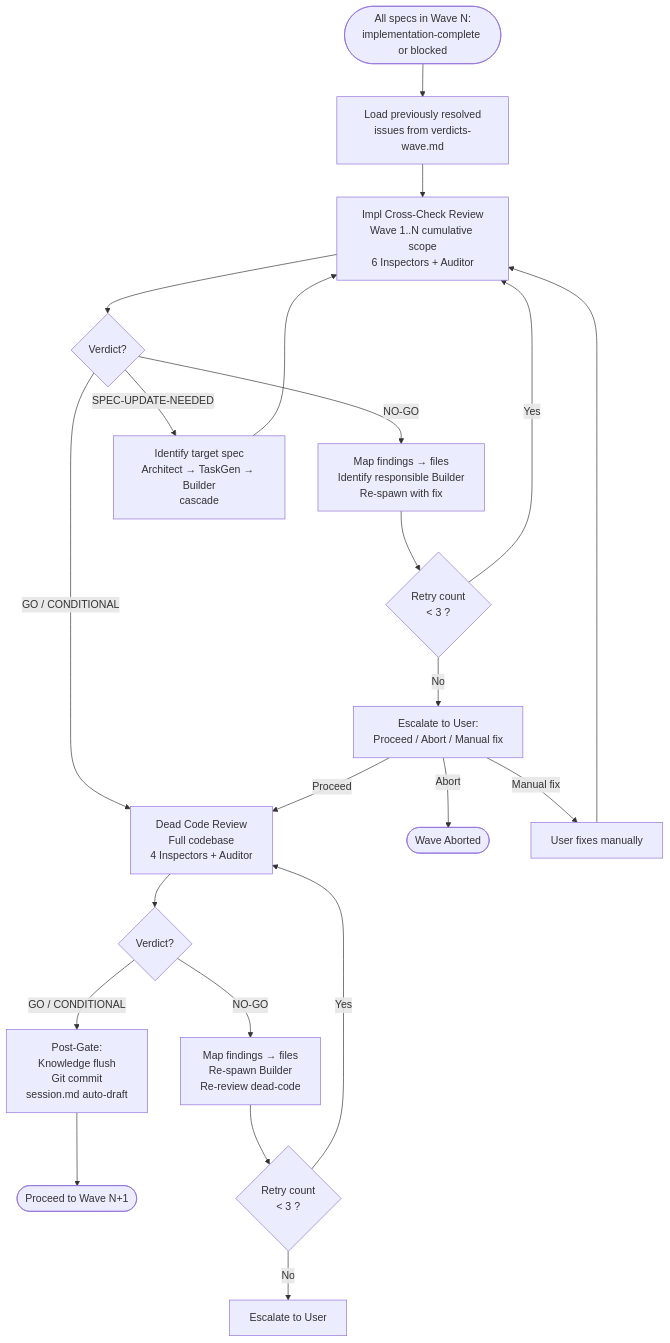
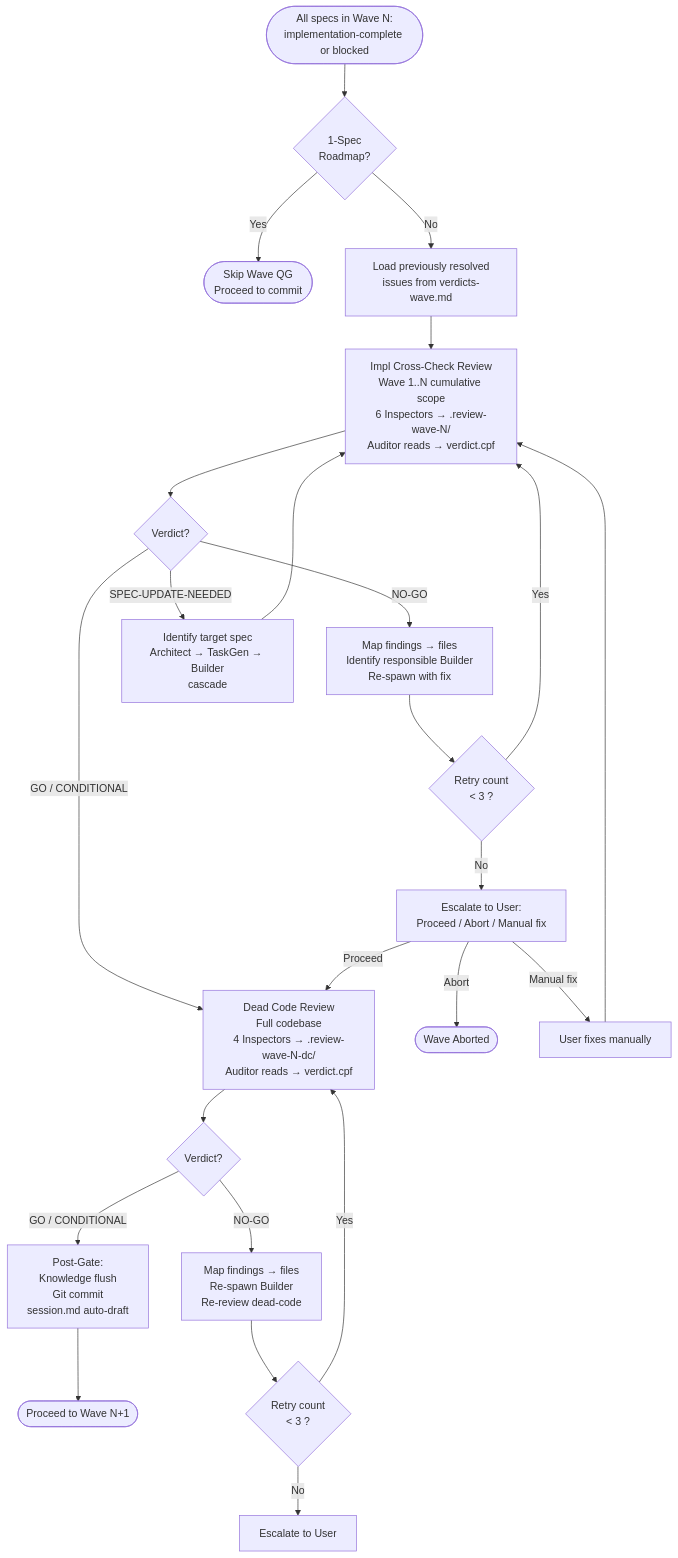
One commit to sync-dev-org/sync-sdd changed the fifth of 7 diagrams in .claude/sdd/project/specs/roadmap-orchestration/design.md. Above: the diagram before and after it, drawn with Mermaid. The commit also changed other lines of this file and 32 other files, not shown here.

````diff
--- a/.claude/sdd/project/specs/roadmap-orchestration/design.md
+++ b/.claude/sdd/project/specs/roadmap-orchestration/design.md
@@ -202,23 +323,25 @@
 ```mermaid
 flowchart TD
-    WaveComplete([All specs in Wave N:<br/>implementation-complete or blocked]) --> LoadResolved[Load previously resolved<br/>issues from verdicts-wave.md]
-    LoadResolved --> CrossCheck[Impl Cross-Check Review<br/>Wave 1..N cumulative scope<br/>6 Inspectors + Auditor]
+    WaveComplete([All specs in Wave N:<br/>implementation-complete or blocked]) --> Check1Spec{1-Spec<br/>Roadmap?}
+    Check1Spec -->|Yes| SkipQG([Skip Wave QG<br/>Proceed to commit])
+    Check1Spec -->|No| LoadResolved[Load previously resolved<br/>issues from verdicts-wave.md]
+    LoadResolved --> CrossCheck[Impl Cross-Check Review<br/>Wave 1..N cumulative scope<br/>6 Inspectors → .review-wave-N/<br/>Auditor reads → verdict.cpf]
     CrossCheck --> CCVerdict{Verdict?}
-    CCVerdict -->|GO / CONDITIONAL| DeadCode[Dead Code Review<br/>Full codebase<br/>4 Inspectors + Auditor]
+    CCVerdict -->|GO / CONDITIONAL| DeadCode[Dead Code Review<br/>Full codebase<br/>4 Inspectors → .review-wave-N-dc/<br/>Auditor reads → verdict.cpf]
     CCVerdict -->|NO-GO| CCFix[Map findings → files<br/>Identify responsible Builder<br/>Re-spawn with fix]
     CCFix --> CCRetry{Retry count<br/> < 3 ?}
     CCRetry -->|Yes| CrossCheck
     CCRetry -->|No| CCEscalate[Escalate to User:<br/>Proceed / Abort / Manual fix]
     CCEscalate -->|Proceed| DeadCode
     CCEscalate -->|Abort| WaveAbort([Wave Aborted])
     CCEscalate -->|Manual fix| ManualFix[User fixes manually] --> CrossCheck
     CCVerdict -->|SPEC-UPDATE-NEEDED| CCSPEC[Identify target spec<br/>Architect → TaskGen → Builder<br/>cascade]
     CCSPEC --> CrossCheck
     DeadCode --> DCVerdict{Verdict?}
     DCVerdict -->|GO / CONDITIONAL| PostGate[Post-Gate:<br/>Knowledge flush<br/>Git commit<br/>session.md auto-draft]
     PostGate --> NextWave([Proceed to Wave N+1])
     DCVerdict -->|NO-GO| DCFix[Map findings → files<br/>Re-spawn Builder<br/>Re-review dead-code]
     DCFix --> DCRetry{Retry count<br/> < 3 ?}
     DCRetry -->|Yes| DeadCode
     DCRetry -->|No| DCEscalate[Escalate to User]
 ```
````
